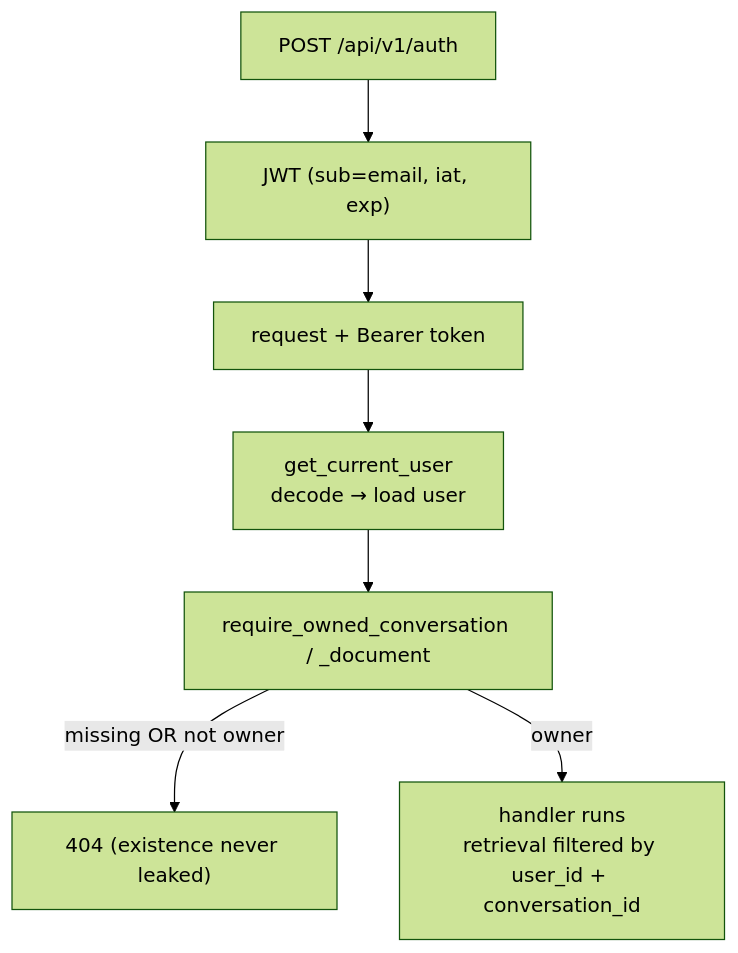
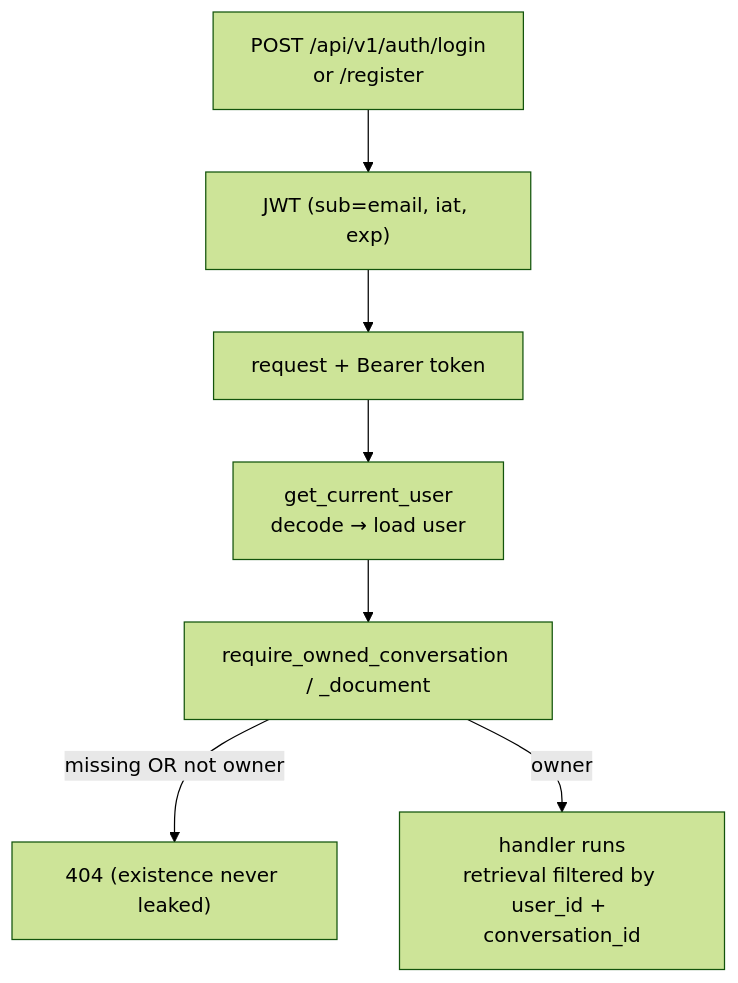
One commit to Emonemon74/ai-customer-support-platform changed the fourth of 4 diagrams in README.md. Above: the diagram before and after it, drawn with Mermaid (forest theme). The commit also changed other lines of this file and 18 other files, not shown here.

First line of the commit message:
Split auth into register and login; add GET /conversations/{id}

````diff
--- a/README.md
+++ b/README.md
@@ -193,9 +193,9 @@
 ```mermaid
 flowchart TB
-    L["POST /api/v1/auth"] --> T["JWT (sub=email, iat, exp)"]
+    L["POST /api/v1/auth/login<br/>or /register"] --> T["JWT (sub=email, iat, exp)"]
     T --> RQ["request + Bearer token"]
     RQ --> GU["get_current_user<br/>decode → load user"]
     GU --> AZ["require_owned_conversation / _document"]
     AZ -- "missing OR not owner" --> NF["404 (existence never leaked)"]
     AZ -- owner --> H["handler runs<br/>retrieval filtered by user_id + conversation_id"]
 ```
````
